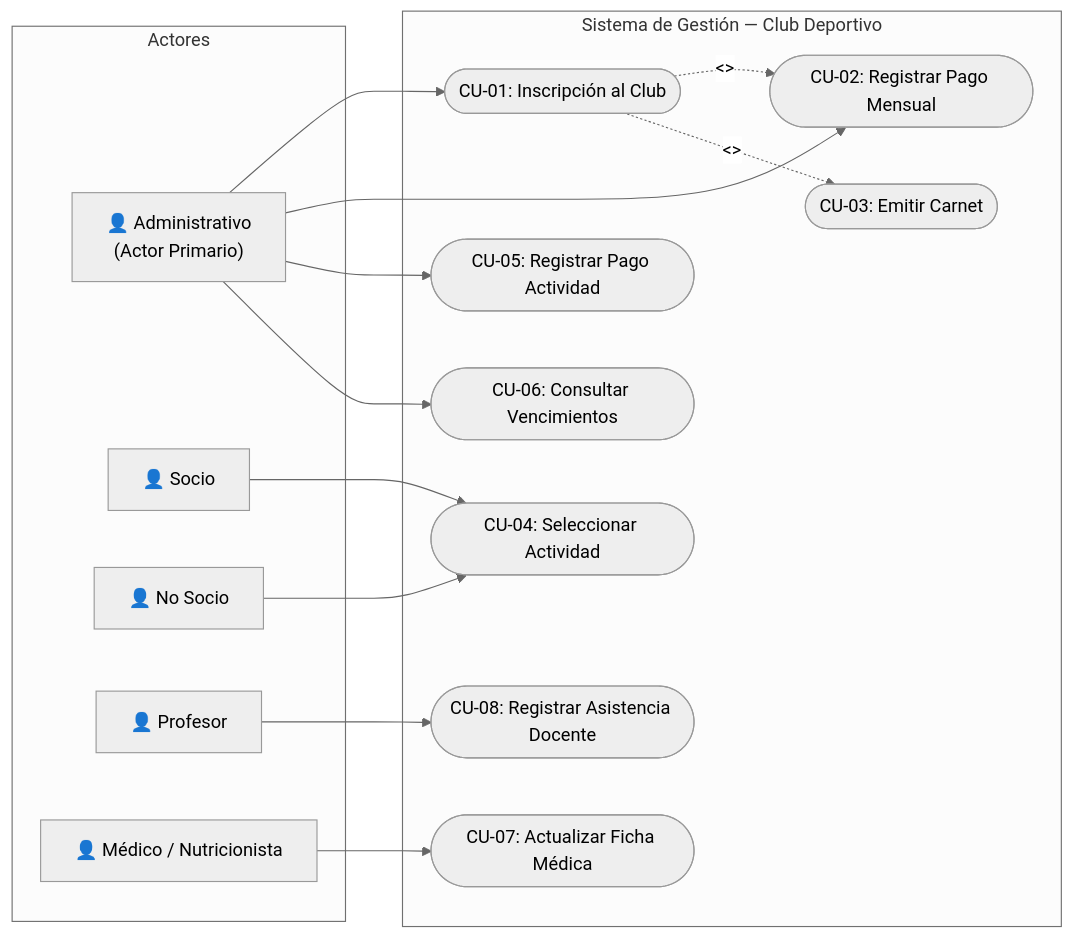
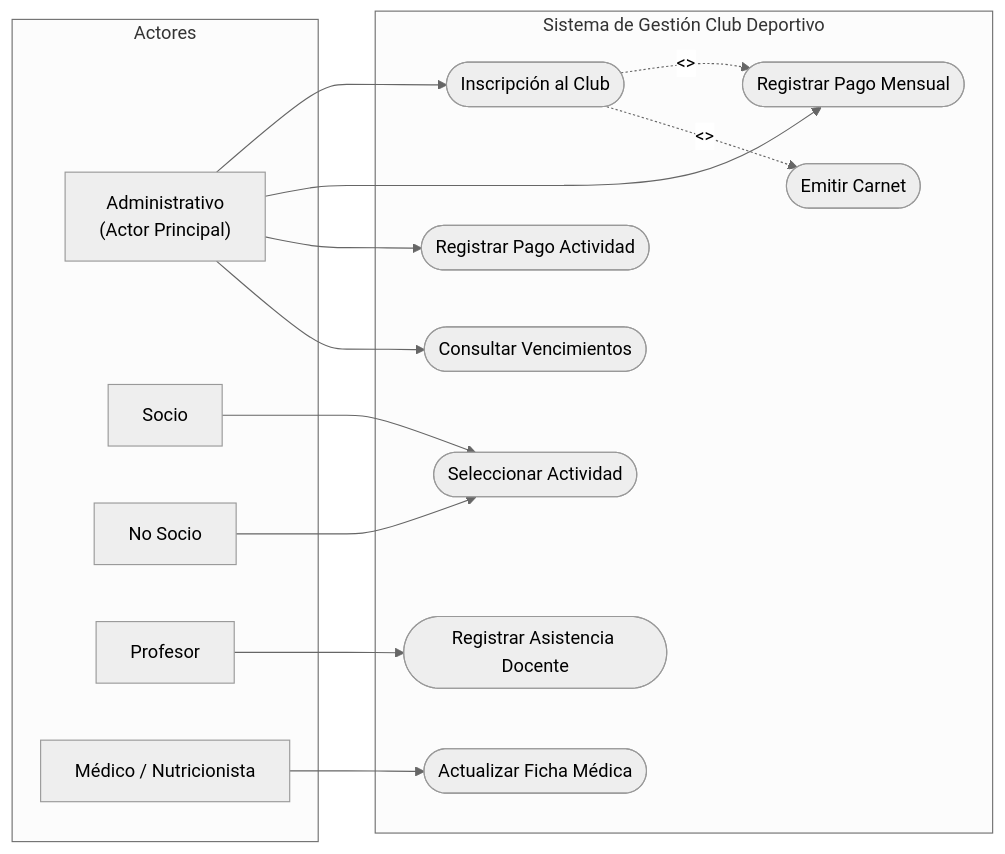
One commit to SabriiAC/gestion_club_deportivo changed the first of 4 diagrams in README.md. Above: the diagram before and after it, drawn with Mermaid (neutral theme). The commit also changed other lines of this file, not shown here.

````diff
--- a/README.md
+++ b/README.md
@@ -42,35 +49,35 @@
 ```mermaid
 flowchart LR
     subgraph Actores
-        Admin["👤 Administrativo<br/>(Actor Primario)"]
-        Socio["👤 Socio"]
-        NoSocio["👤 No Socio"]
-        Prof["👤 Profesor"]
-        Med["👤 Médico / Nutricionista"]
+        Admin["Administrativo<br/>(Actor Principal)"]
+        Socio["Socio"]
+        NoSocio["No Socio"]
+        Prof["Profesor"]
+        Med["Médico / Nutricionista"]
     end
 
-    subgraph Sistema ["Sistema de Gestión — Club Deportivo"]
-        CU01(["CU-01: Inscripción al Club"])
-        CU02(["CU-02: Registrar Pago Mensual"])
-        CU03(["CU-03: Emitir Carnet"])
-        CU04(["CU-04: Seleccionar Actividad"])
-        CU05(["CU-05: Registrar Pago Actividad"])
-        CU06(["CU-06: Consultar Vencimientos"])
-        CU07(["CU-07: Actualizar Ficha Médica"])
-        CU08(["CU-08: Registrar Asistencia Docente"])
+    subgraph Sistema ["Sistema de Gestión Club Deportivo"]
+        CU01(["Inscripción al Club"])
+        CU02(["Registrar Pago Mensual"])
+        CU03(["Emitir Carnet"])
+        CU04(["Seleccionar Actividad"])
+        CU05(["Registrar Pago Actividad"])
+        CU06(["Consultar Vencimientos"])
+        CU07(["Actualizar Ficha Médica"])
+        CU08(["Registrar Asistencia Docente"])
     end
 
     Admin --> CU01
     Admin --> CU02
     Admin --> CU05
     Admin --> CU06
     
     CU01 -.->|"<<include>>"| CU02
     CU01 -.->|"<<extend>>"| CU03
     
     Socio --> CU04
     NoSocio --> CU04
     
     Prof --> CU08
     Med --> CU07
 ```
````
